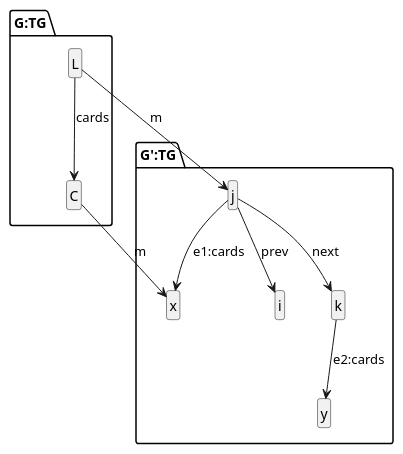
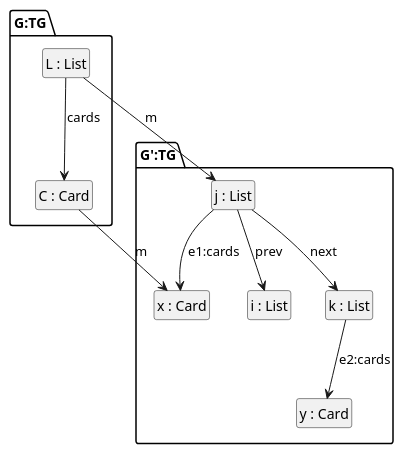
Before and after one commit to anthonyanjorin/fmde: the diagram in FMDE/diagrams/ex3/expected/tgraph_match_0.pretty.plantuml, drawn with PlantUML. The commit also changed 2 other files, not shown here.

```diff
--- a/FMDE/diagrams/ex3/expected/tgraph_match_0.pretty.plantuml
+++ b/FMDE/diagrams/ex3/expected/tgraph_match_0.pretty.plantuml
@@ -1,20 +1,20 @@
 @startuml
 skinparam shadowing false
 hide members
 hide circle
-class "G:TG.L"
-class "G:TG.C"
-"G:TG.L"-->"G:TG.C" : "cards"
-class "G':TG.i"
-class "G':TG.j"
-class "G':TG.k"
-class "G':TG.x"
-class "G':TG.y"
-"G':TG.j"-->"G':TG.i" : "prev"
-"G':TG.j"-->"G':TG.k" : "next"
-"G':TG.j"-->"G':TG.x" : "e1:cards"
-"G':TG.k"-->"G':TG.y" : "e2:cards"
+class "G:TG.L : List"
+class "G:TG.C : Card"
+"G:TG.L : List"-->"G:TG.C : Card" : "cards"
+class "G':TG.i : List"
+class "G':TG.j : List"
+class "G':TG.k : List"
+class "G':TG.x : Card"
+class "G':TG.y : Card"
+"G':TG.j : List"-->"G':TG.i : List" : "prev"
+"G':TG.j : List"-->"G':TG.k : List" : "next"
+"G':TG.j : List"-->"G':TG.x : Card" : "e1:cards"
+"G':TG.k : List"-->"G':TG.y : Card" : "e2:cards"
 
-"G:TG.L" --> "G':TG.j" : "m"
-"G:TG.C" --> "G':TG.x" : "m"
+"G:TG.L : List" --> "G':TG.j : List" : "m"
+"G:TG.C : Card" --> "G':TG.x : Card" : "m"
 @enduml
```
